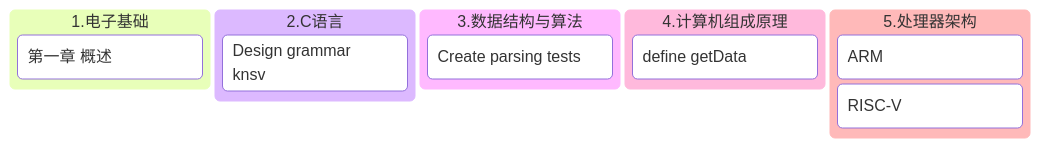
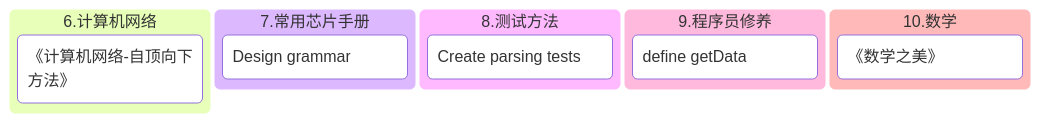
One commit to ilikui/NotesBook changed the second of 3 diagrams in content/Area/EE/index.md. Above: the diagram before and after it, drawn with Mermaid. The commit also changed other lines of this file and 48 other files, not shown here.

````diff
--- a/content/Area/EE/index.md
+++ b/content/Area/EE/index.md
@@ -8,14 +37,13 @@
 ```mermaid
 kanban
-  [1.电子基础]
-    [第一章 概述]
-  [2.C语言]
-    [Design grammar]@{ ticket: 'knsv' }
-  [3.数据结构与算法]
+  [6.计算机网络]
+    [《计算机网络-自顶向下方法》]
+  [7.常用芯片手册]
+    [Design grammar]
+  [8.测试方法]
     [Create parsing tests]
-  [4.计算机组成原理]
+  [9.程序员修养]
     [define getData] 
-  [5.处理器架构]
-    [ARM]
-    [RISC-V]
+  [10.数学]
+    [《数学之美》]
 ```
````
